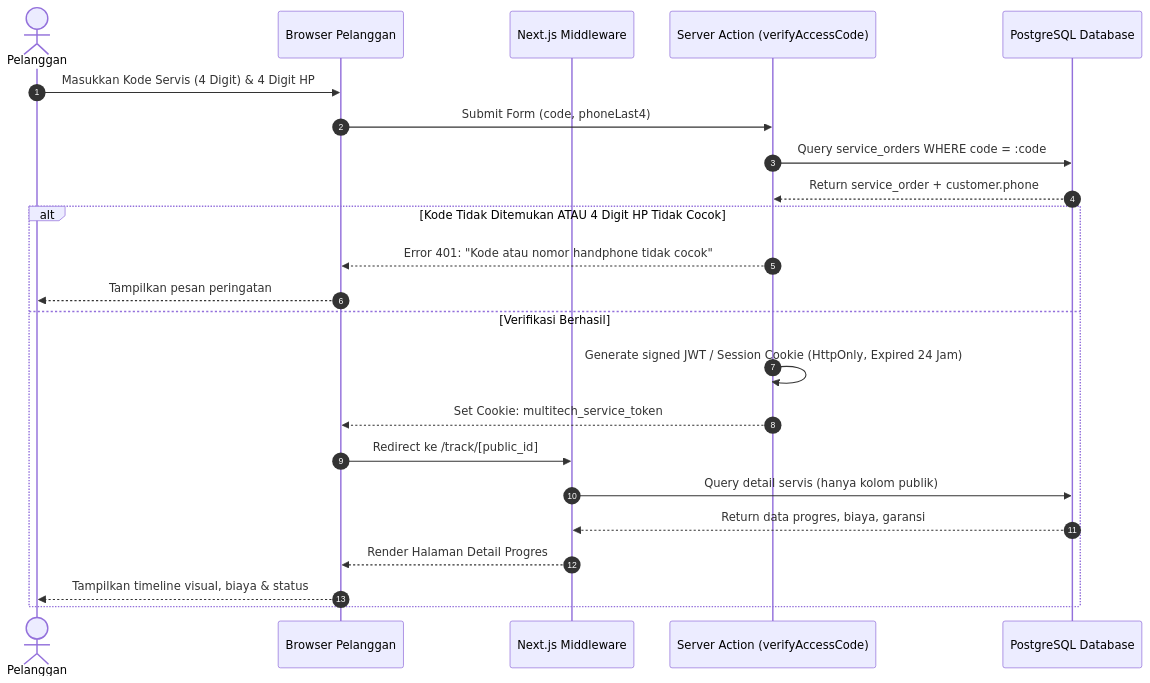
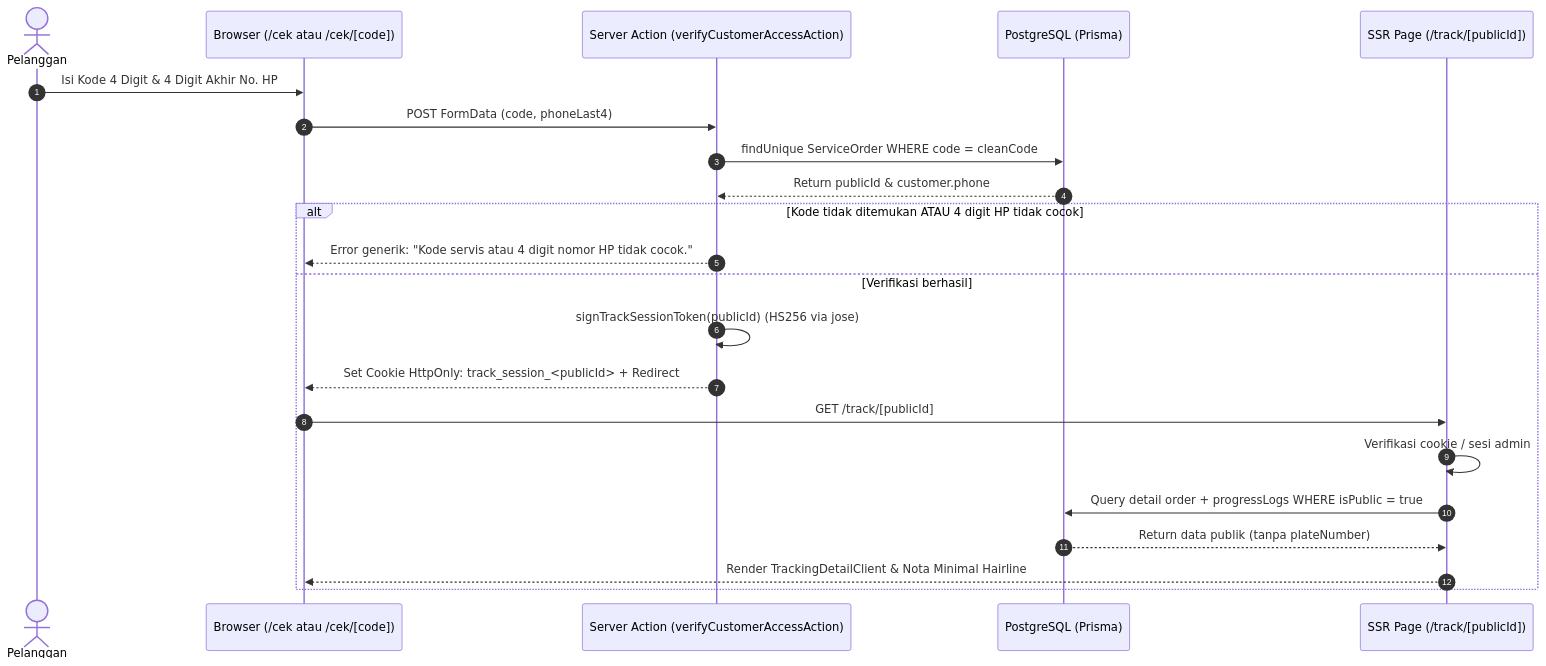
The second of 3 diagrams in docs/06-arsitektur.md (feb027/Capstone_Multitech), drawn with Mermaid before and after one commit. The commit also changed other lines of this file and 13 other files, not shown here.

Commit message:
docs(capstone): sync specifications, add Mermaid architecture diagrams, UNSIL report materials, and comprehensive README

````diff
--- a/docs/06-arsitektur.md
+++ b/docs/06-arsitektur.md
@@ -109,27 +82,25 @@
 ```mermaid
 sequenceDiagram
     autonumber
     actor P as Pelanggan
-    participant B as Browser Pelanggan
-    participant MW as Next.js Middleware
-    participant SA as Server Action (verifyAccessCode)
-    participant DB as PostgreSQL Database
+    participant B as Browser (/cek atau /cek/[code])
+    participant SA as Server Action (verifyCustomerAccessAction)
+    participant PG as PostgreSQL (Prisma)
+    participant TRK as SSR Page (/track/[publicId])
 
-    P->>B: Masukkan Kode Servis (4 Digit) & 4 Digit HP
-    B->>SA: Submit Form (code, phoneLast4)
-    SA->>DB: Query service_orders WHERE code = :code
-    DB-->>SA: Return service_order + customer.phone
-    
-    alt Kode Tidak Ditemukan ATAU 4 Digit HP Tidak Cocok
-        SA-->>B: Error 401: "Kode atau nomor handphone tidak cocok"
-        B-->>P: Tampilkan pesan peringatan
-    else Verifikasi Berhasil
-        SA->>SA: Generate signed JWT / Session Cookie (HttpOnly, Expired 24 Jam)
-        SA-->>B: Set Cookie: multitech_service_token
-        B->>MW: Redirect ke /track/[public_id]
-        MW->>DB: Query detail servis (hanya kolom publik)
-        DB-->>MW: Return data progres, biaya, garansi
-        MW-->>B: Render Halaman Detail Progres
-        B-->>P: Tampilkan timeline visual, biaya & status
+    P->>B: Isi Kode 4 Digit & 4 Digit Akhir No. HP
+    B->>SA: POST FormData (code, phoneLast4)
+    SA->>PG: findUnique ServiceOrder WHERE code = cleanCode
+    PG-->>SA: Return publicId & customer.phone
+    alt Kode tidak ditemukan ATAU 4 digit HP tidak cocok
+        SA-->>B: Error generik: "Kode servis atau 4 digit nomor HP tidak cocok."
+    else Verifikasi berhasil
+        SA->>SA: signTrackSessionToken(publicId) (HS256 via jose)
+        SA-->>B: Set Cookie HttpOnly: track_session_<publicId> + Redirect
+        B->>TRK: GET /track/[publicId]
+        TRK->>TRK: Verifikasi cookie / sesi admin
+        TRK->>PG: Query detail order + progressLogs WHERE isPublic = true
+        PG-->>TRK: Return data publik (tanpa plateNumber)
+        TRK-->>B: Render TrackingDetailClient & Nota Minimal Hairline
     end
 ```
````
